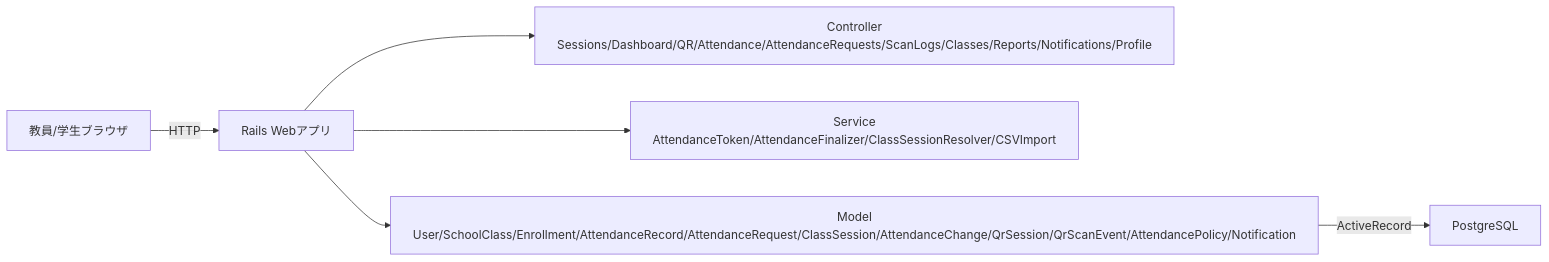
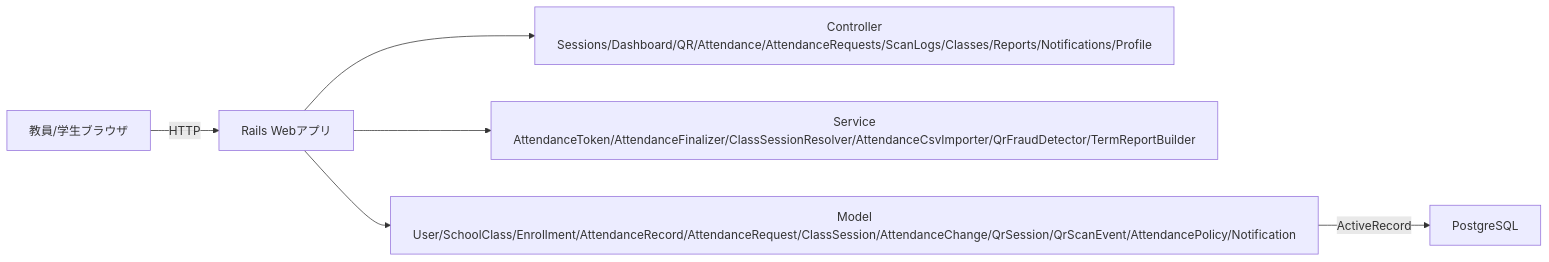
One commit to syusyusyusyu/Attendance changed the third of 9 diagrams in 仕様書.md. Above: the diagram before and after it, drawn with Mermaid. The commit also changed other lines of this file and 43 other files, not shown here.

````diff
--- a/仕様書.md
+++ b/仕様書.md
@@ -159,8 +160,8 @@
 ```mermaid
 flowchart LR
   U[教員/学生ブラウザ] -->|HTTP| W[Rails Webアプリ]
   W --> C[Controller<br/>Sessions/Dashboard/QR/Attendance/AttendanceRequests/ScanLogs/Classes/Reports/Notifications/Profile]
-  W --> S[Service<br/>AttendanceToken/AttendanceFinalizer/ClassSessionResolver/CSVImport]
+  W --> S[Service<br/>AttendanceToken/AttendanceFinalizer/ClassSessionResolver/AttendanceCsvImporter/QrFraudDetector/TermReportBuilder]
   W --> M[Model<br/>User/SchoolClass/Enrollment/AttendanceRecord/AttendanceRequest/ClassSession/AttendanceChange/QrSession/QrScanEvent/AttendancePolicy/Notification]
   M -->|ActiveRecord| DB[PostgreSQL]
 ```
````
